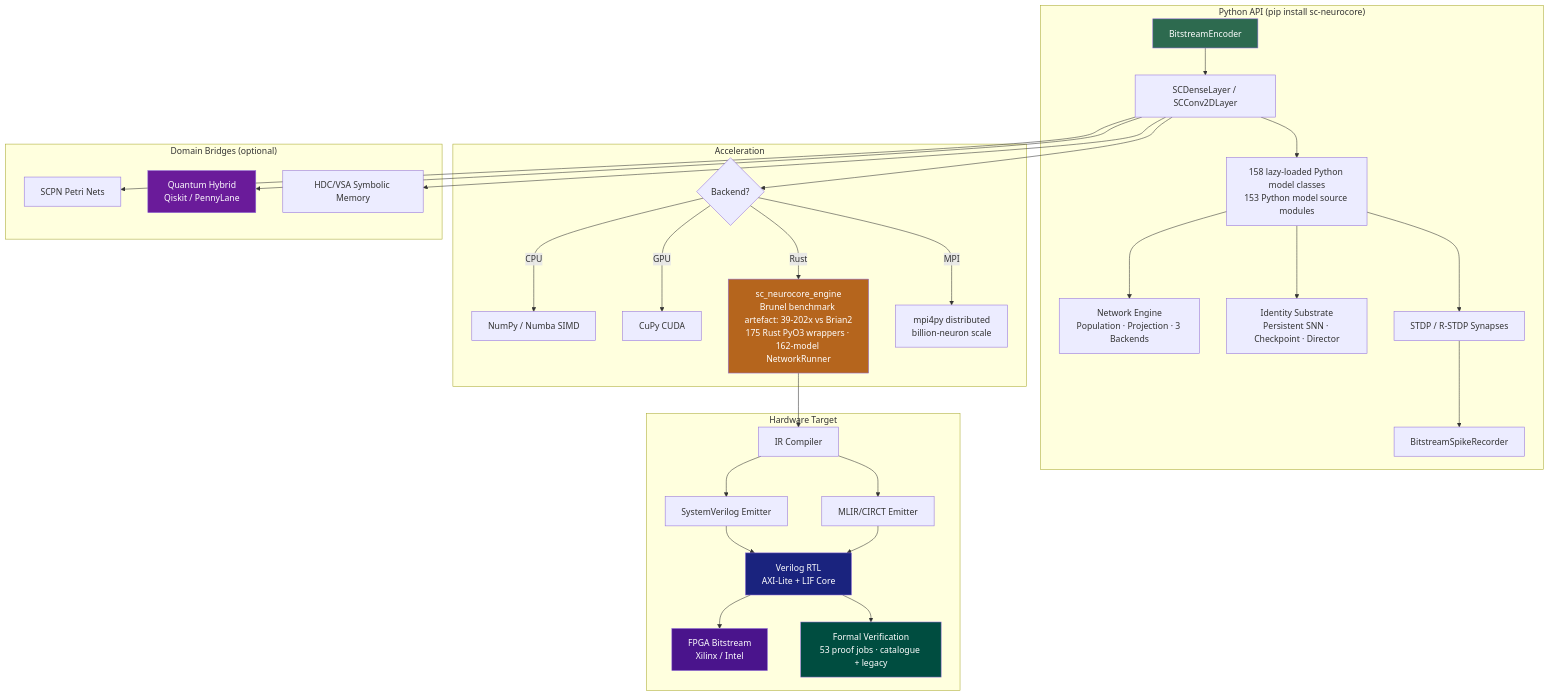
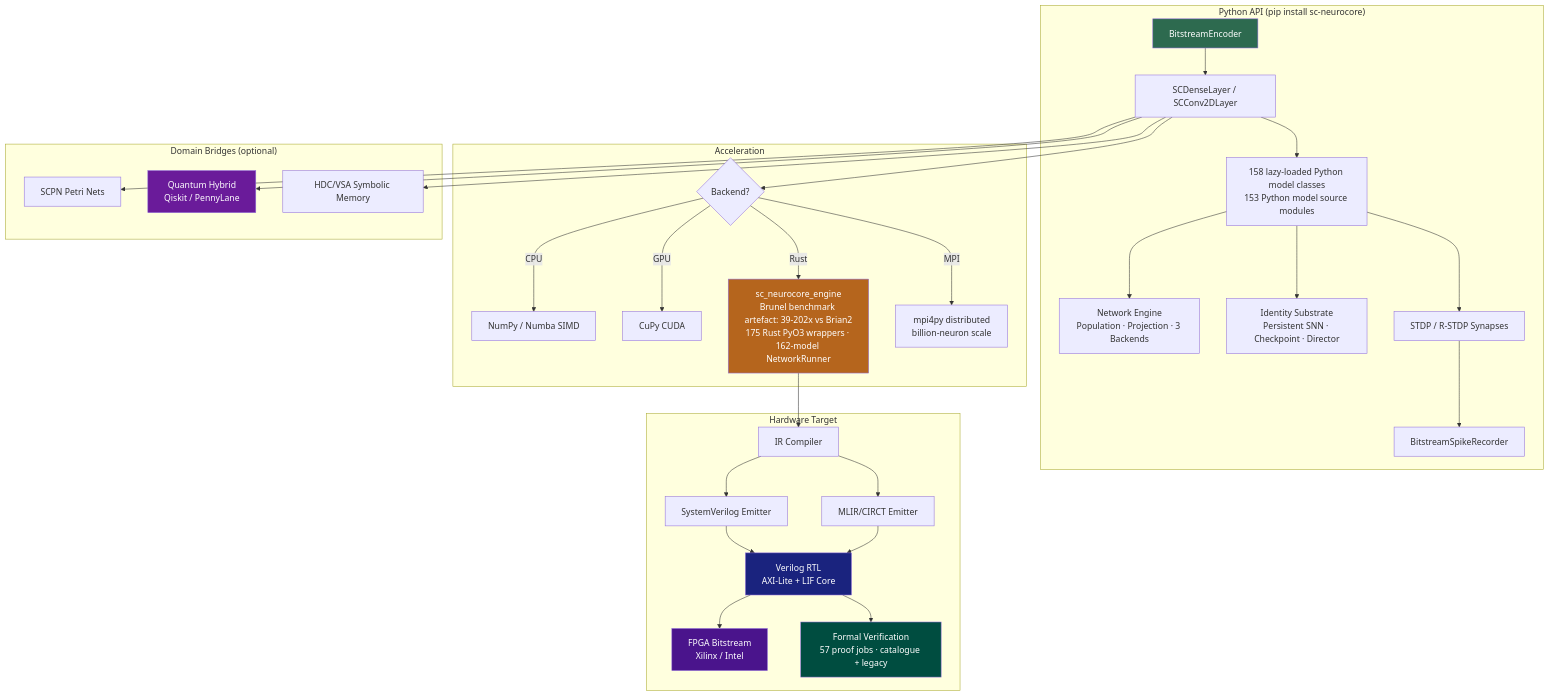
Before and after one commit to anulum/sc-neurocore: the diagram in README.md, drawn with Mermaid. The commit also changed other lines of this file and 2 other files, not shown here.

````diff
--- a/README.md
+++ b/README.md
@@ -365,42 +365,42 @@
 ```mermaid
 graph TD
     subgraph "Python API (pip install sc-neurocore)"
         A[BitstreamEncoder] --> B[SCDenseLayer / SCConv2DLayer]
         B --> C[158 lazy-loaded Python model classes<br/>153 Python model source modules]
         C --> NET[Network Engine<br/>Population · Projection · 3 Backends]
         C --> ID[Identity Substrate<br/>Persistent SNN · Checkpoint · Director]
         C --> D[STDP / R-STDP Synapses]
         D --> E[BitstreamSpikeRecorder]
     end
 
     subgraph "Acceleration"
         B --> F{Backend?}
         F -->|CPU| G[NumPy / Numba SIMD]
         F -->|GPU| H[CuPy CUDA]
         F -->|Rust| I[sc_neurocore_engine<br/>Brunel benchmark artefact: 39-202x vs Brian2<br/>175 Rust PyO3 wrappers · 162-model NetworkRunner]
         F -->|MPI| MPI[mpi4py distributed<br/>billion-neuron scale]
     end
 
     subgraph "Hardware Target"
         I --> J[IR Compiler]
         J --> K[SystemVerilog Emitter]
         J --> K2[MLIR/CIRCT Emitter]
         K --> L[Verilog RTL<br/>AXI-Lite + LIF Core]
         K2 --> L
         L --> M[FPGA Bitstream<br/>Xilinx / Intel]
-        L --> V[Formal Verification<br/>53 proof jobs · catalogue + legacy]
+        L --> V[Formal Verification<br/>57 proof jobs · catalogue + legacy]
     end
 
     subgraph "Domain Bridges (optional)"
         B --> N[SCPN Petri Nets]
         B --> O[Quantum Hybrid<br/>Qiskit / PennyLane]
         B --> P[HDC/VSA Symbolic Memory]
     end
 
     style A fill:#2d6a4f,color:#fff
     style I fill:#b5651d,color:#fff
     style L fill:#1a237e,color:#fff
     style M fill:#4a148c,color:#fff
     style O fill:#6a1b9a,color:#fff
     style V fill:#004d40,color:#fff
 ```
````
